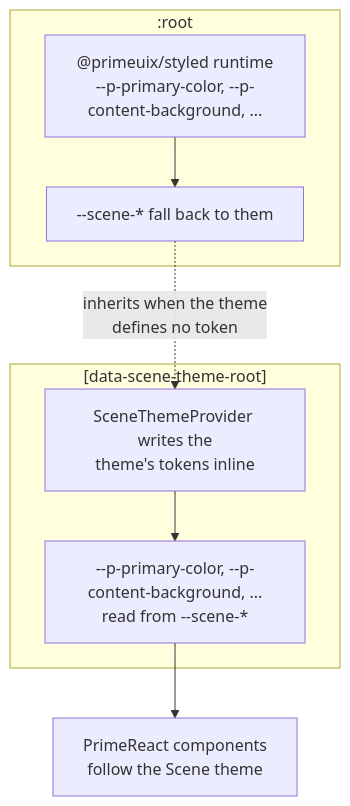
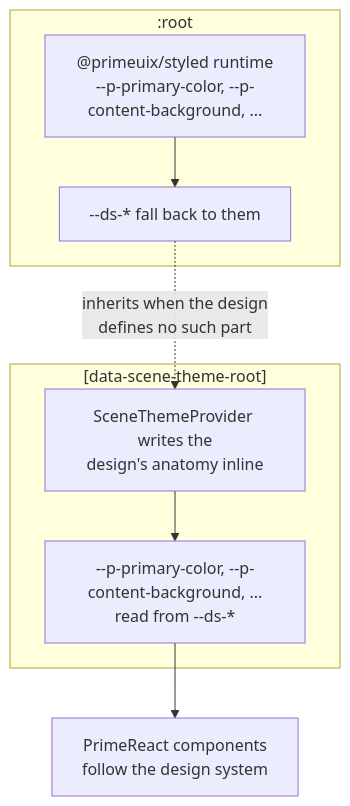
The diagram in Documentation/primereact-package/understanding-design-tokens.md (Cratis/Scene), drawn with Mermaid before and after one commit. The commit also changed other lines of this file and 21 other files, not shown here.

First line of the commit message:
Document rendering the design system and component anatomy

````diff
--- a/Documentation/primereact-package/understanding-design-tokens.md
+++ b/Documentation/primereact-package/understanding-design-tokens.md
@@ -48,15 +49,15 @@
 ```mermaid
 flowchart TD
     subgraph root [":root"]
         PT["@primeuix/styled runtime<br/>--p-primary-color, --p-content-background, ..."]
-        ST["--scene-* fall back to them"]
+        ST["--ds-* fall back to them"]
         PT --> ST
     end
     subgraph themed ["[data-scene-theme-root]"]
-        Inline["SceneThemeProvider writes the<br/>theme's tokens inline"]
-        Back["--p-primary-color, --p-content-background, ...<br/>read from --scene-*"]
+        Inline["SceneThemeProvider writes the<br/>design's anatomy inline"]
+        Back["--p-primary-color, --p-content-background, ...<br/>read from --ds-*"]
         Inline --> Back
     end
-    ST -.->|inherits when the theme<br/>defines no token| Inline
-    Back --> Components["PrimeReact components<br/>follow the Scene theme"]
+    ST -.->|inherits when the design<br/>defines no such part| Inline
+    Back --> Components["PrimeReact components<br/>follow the design system"]
 ```
````
